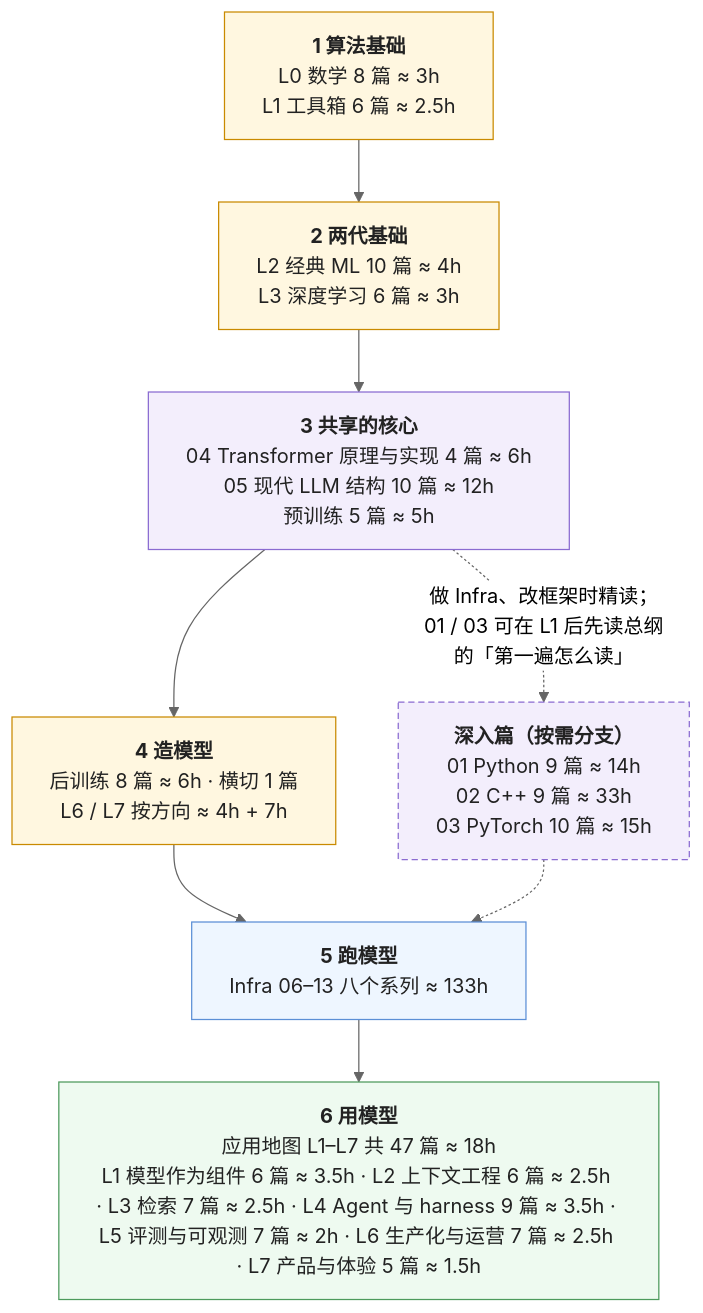
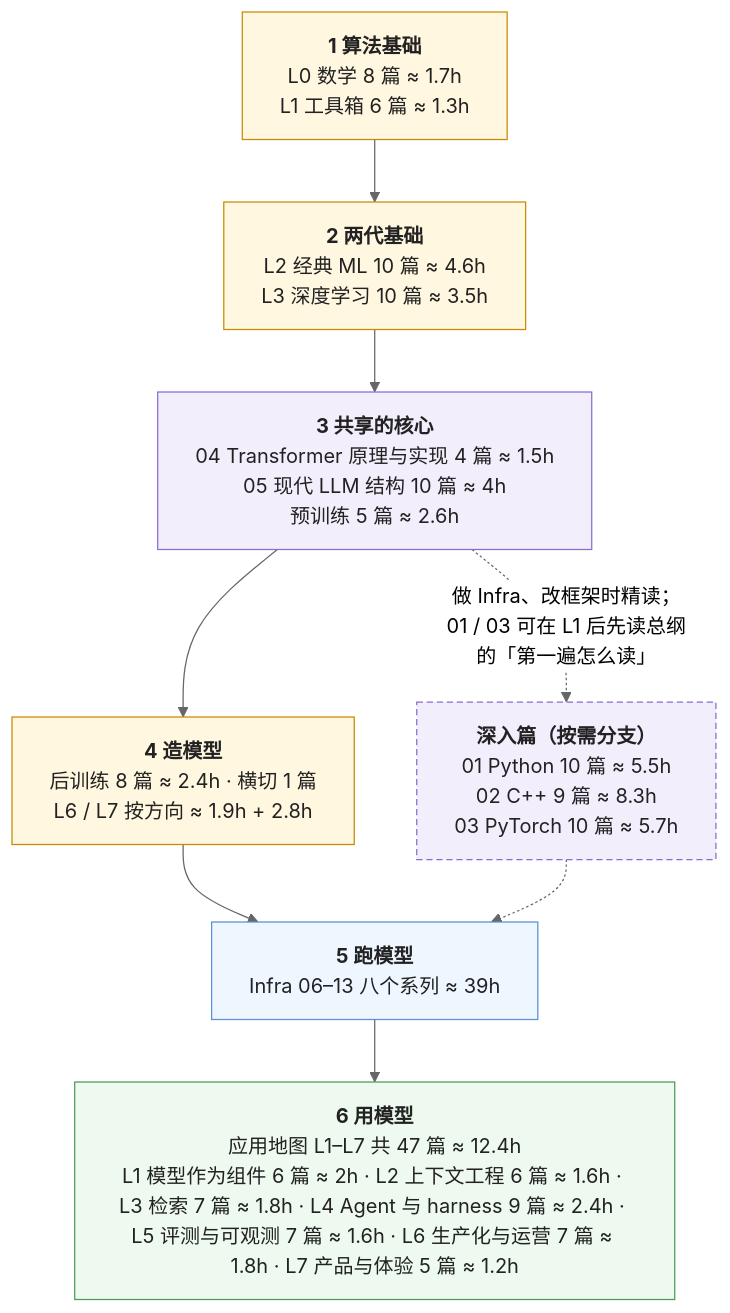
Before and after one commit to arganzheng/arganzheng.github.com: the second of 2 diagrams in _posts/2026-01-01-ai-fullstack-learning-roadmap.md, drawn with Mermaid (neutral theme). The commit also changed other lines of this file and 3 other files, not shown here.

First line of the commit message:
三张地图审视 P0（D）：三张地图文的编号、篇数与时长

````diff
--- a/_posts/2026-01-01-ai-fullstack-learning-roadmap.md
+++ b/_posts/2026-01-01-ai-fullstack-learning-roadmap.md
@@ -140,41 +140,41 @@
 ```mermaid
 %%{init: {"flowchart": {"wrappingWidth": 420}}}%%
 %% 图：全栈的一条线：六段主线与按需进入的深入篇
 flowchart TB
     S1["`**1 算法基础**
-L0 数学 8 篇 ≈ 3h
-L1 工具箱 6 篇 ≈ 2.5h`"]
+L0 数学 8 篇 ≈ 1.7h
+L1 工具箱 6 篇 ≈ 1.3h`"]
     S2["`**深入篇（按需分支）**
-01 Python 9 篇 ≈ 14h
-02 C++ 9 篇 ≈ 33h
-03 PyTorch 10 篇 ≈ 15h`"]
+01 Python 10 篇 ≈ 5.5h
+02 C++ 9 篇 ≈ 8.3h
+03 PyTorch 10 篇 ≈ 5.7h`"]
     S3["`**2 两代基础**
-L2 经典 ML 10 篇 ≈ 4h
-L3 深度学习 6 篇 ≈ 3h`"]
+L2 经典 ML 10 篇 ≈ 4.6h
+L3 深度学习 10 篇 ≈ 3.5h`"]
     S4["`**3 共享的核心**
-04 Transformer 原理与实现 4 篇 ≈ 6h
-05 现代 LLM 结构 10 篇 ≈ 12h
-预训练 5 篇 ≈ 5h`"]
+04 Transformer 原理与实现 4 篇 ≈ 1.5h
+05 现代 LLM 结构 10 篇 ≈ 4h
+预训练 5 篇 ≈ 2.6h`"]
     S5["`**4 造模型**
-后训练 8 篇 ≈ 6h · 横切 1 篇
-L6 / L7 按方向 ≈ 4h + 7h`"]
+后训练 8 篇 ≈ 2.4h · 横切 1 篇
+L6 / L7 按方向 ≈ 1.9h + 2.8h`"]
     S6["`**5 跑模型**
-Infra 06–13 八个系列 ≈ 133h`"]
+Infra 06–13 八个系列 ≈ 39h`"]
     S7["`**6 用模型**
-应用地图 L1–L7 共 47 篇 ≈ 18h
-L1 模型作为组件 6 篇 ≈ 3.5h · L2 上下文工程 6 篇 ≈ 2.5h · L3 检索 7 篇 ≈ 2.5h · L4 Agent 与 harness 9 篇 ≈ 3.5h · L5 评测与可观测 7 篇 ≈ 2h · L6 生产化与运营 7 篇 ≈ 2.5h · L7 产品与体验 5 篇 ≈ 1.5h`"]
+应用地图 L1–L7 共 47 篇 ≈ 12.4h
+L1 模型作为组件 6 篇 ≈ 2h · L2 上下文工程 6 篇 ≈ 1.6h · L3 检索 7 篇 ≈ 1.8h · L4 Agent 与 harness 9 篇 ≈ 2.4h · L5 评测与可观测 7 篇 ≈ 1.6h · L6 生产化与运营 7 篇 ≈ 1.8h · L7 产品与体验 5 篇 ≈ 1.2h`"]
     S1 --> S3 --> S4 --> S5 --> S6 --> S7
     S4 -. "做 Infra、改框架时精读；\n01 / 03 可在 L1 后先读总纲的「第一遍怎么读」" .-> S2
     S2 -.-> S6
 
     classDef algo fill:#fff7e0,stroke:#c98a00,stroke-width:1px,color:#222
     classDef infra fill:#eef6ff,stroke:#5b8fd6,stroke-width:1px,color:#222
     classDef app fill:#eefaf0,stroke:#4d9a5c,stroke-width:1px,color:#222
     classDef shared fill:#f3eefc,stroke:#8a6bd1,stroke-width:1px,color:#222
     classDef deep fill:#f3eefc,stroke:#8a6bd1,stroke-width:1px,color:#222,stroke-dasharray:5 3
     class S1,S3,S5 algo
     class S2 deep
     class S4 shared
     class S6 infra
     class S7 app
 ```
````
